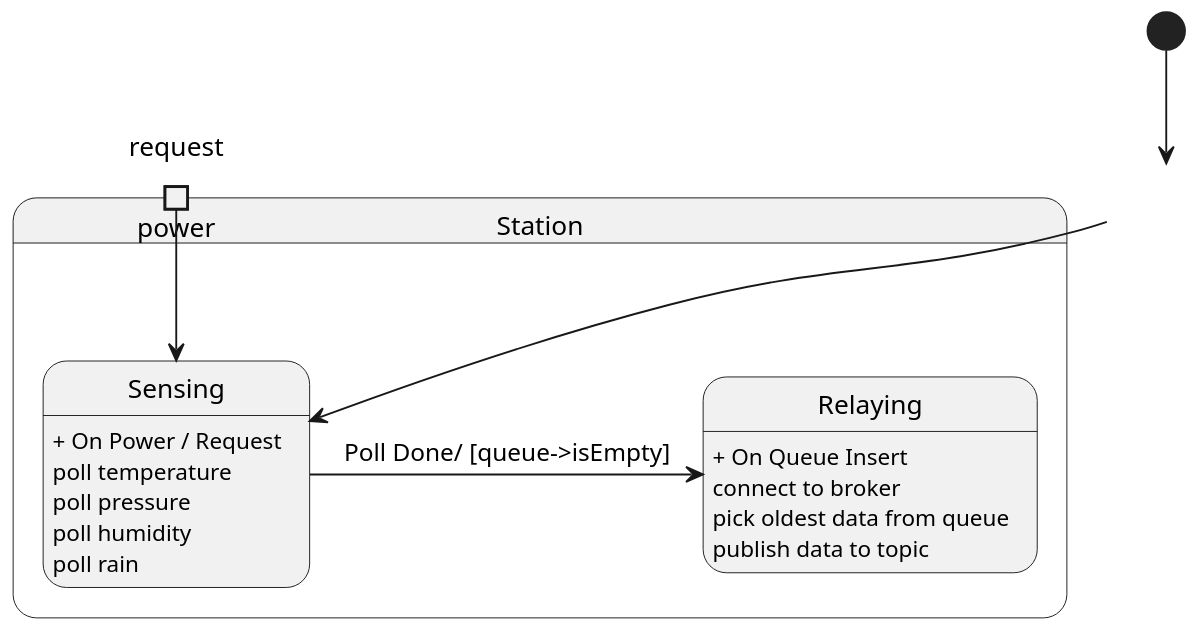
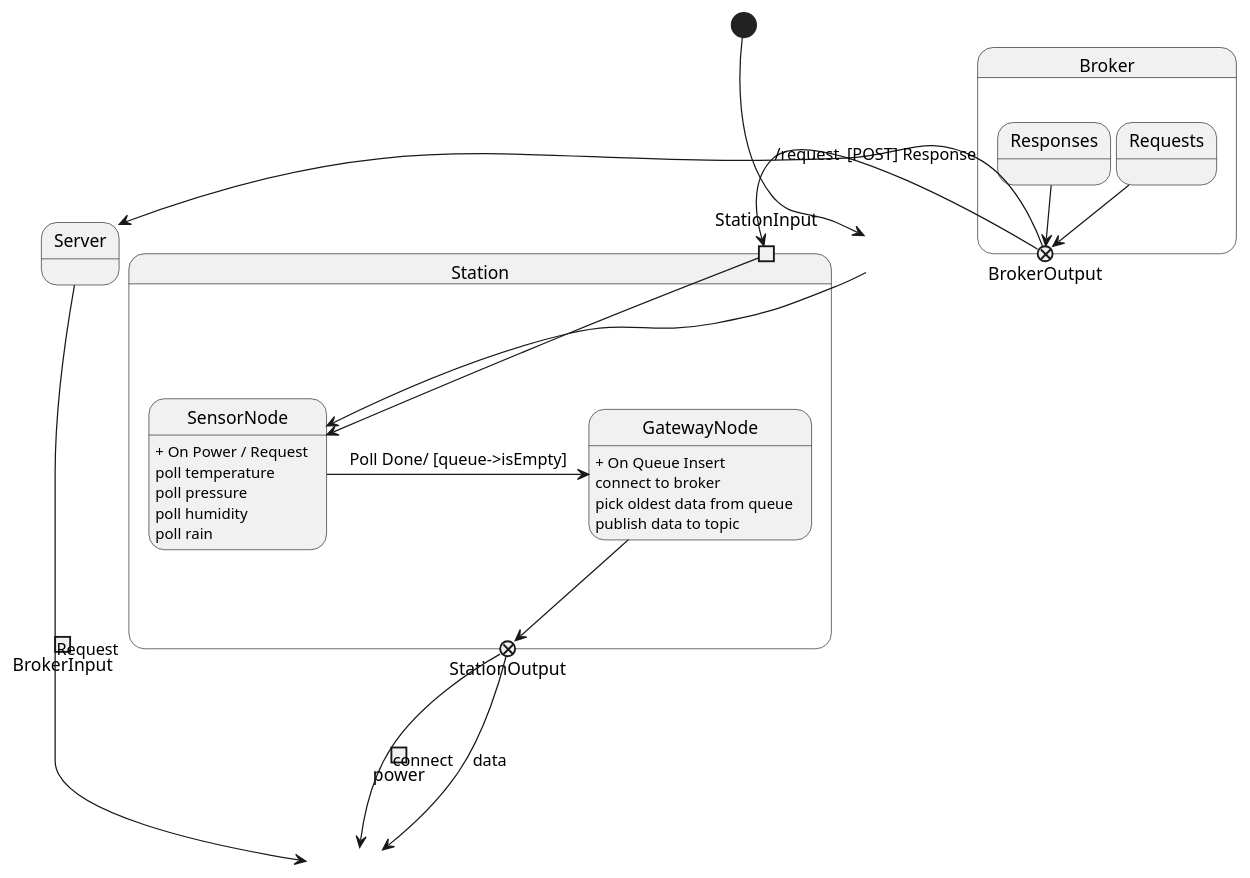
Before and after one commit to Kylertk21/Weather_Station: the diagram in Weather_Station_State.puml, drawn with PlantUML.

Commit message:
State Diagram

```diff
--- a/Weather_Station_State.puml
+++ b/Weather_Station_State.puml
@@ -1,25 +1,46 @@
 @startuml
 'https://plantuml.com/state-diagram
 
-scale 1.5
+scale 1
 [*] --> power
 state Station {
     state power <<inputPin>>
-    state request <<inputPin>>
-    power --> Sensing
-    request --> Sensing
-    Sensing : + On Power / Request
-    Sensing : poll temperature
-    Sensing : poll pressure
-    Sensing : poll humidity
-    Sensing : poll rain
+    state StationInput <<inputPin>>
+    power --> SensorNode
+    StationInput --> SensorNode
+    SensorNode : + On Power / Request
+    SensorNode : poll temperature
+    SensorNode : poll pressure
+    SensorNode : poll humidity
+    SensorNode : poll rain
 
-    Sensing -> Relaying : Poll Done/ [queue->isEmpty]
-    Relaying : + On Queue Insert
-    Relaying : connect to broker
-    Relaying : pick oldest data from queue
-    Relaying : publish data to topic
+    SensorNode -> GatewayNode : Poll Done/ [queue->isEmpty]
+    GatewayNode : + On Queue Insert
+    GatewayNode : connect to broker
+    GatewayNode : pick oldest data from queue
+    GatewayNode : publish data to topic
+
+    GatewayNode --> StationOutput <<exitPoint>>
 }
+
+StationOutput ---> BrokerInput : connect
+StationOutput ---> BrokerInput : data
+state Broker {
+    state BrokerInput <<inputPin>>
+    state Responses
+    state Requests
+
+    Requests -> BrokerOutput <<exitPoint>>
+    Responses -> BrokerOutput
+}
+BrokerOutput -> StationInput : /request
+
+state Server
+Server ---> BrokerInput : Request
+BrokerOutput -> Server : [POST] Response
+
+
+
 
 
 @enduml
```
